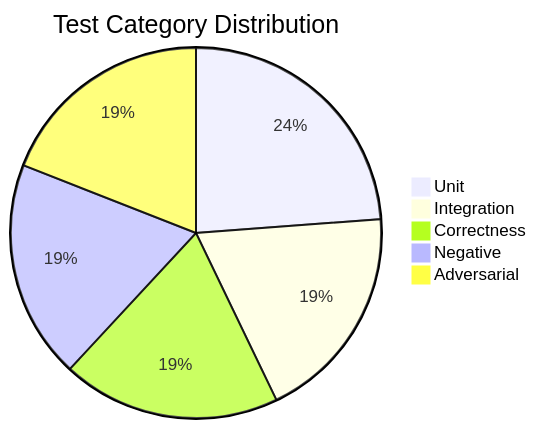
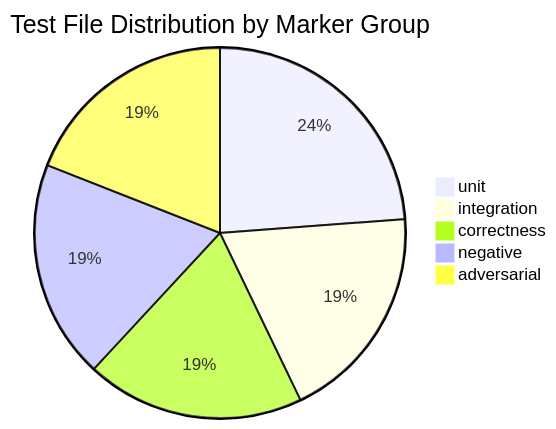
The fifth of 6 diagrams in README.md (hkevin01/java-to-python-test-suite), drawn with Mermaid before and after one commit. The commit also changed other lines of this file, not shown here.

````diff
--- a/README.md
+++ b/README.md
@@ -118,8 +260,8 @@
 ```mermaid
-pie title Test Category Distribution
-  "Unit" : 5
-  "Integration" : 4
-  "Correctness" : 4
-  "Negative" : 4
-  "Adversarial" : 4
+pie title Test File Distribution by Marker Group
+  "unit" : 5
+  "integration" : 4
+  "correctness" : 4
+  "negative" : 4
+  "adversarial" : 4
 ```
````
